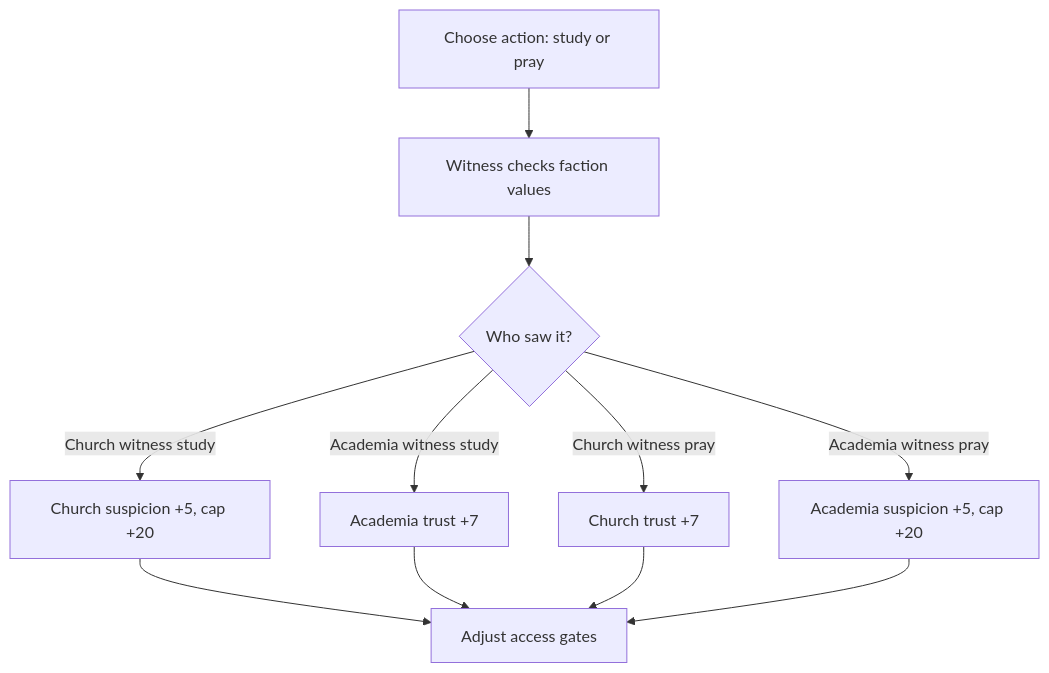
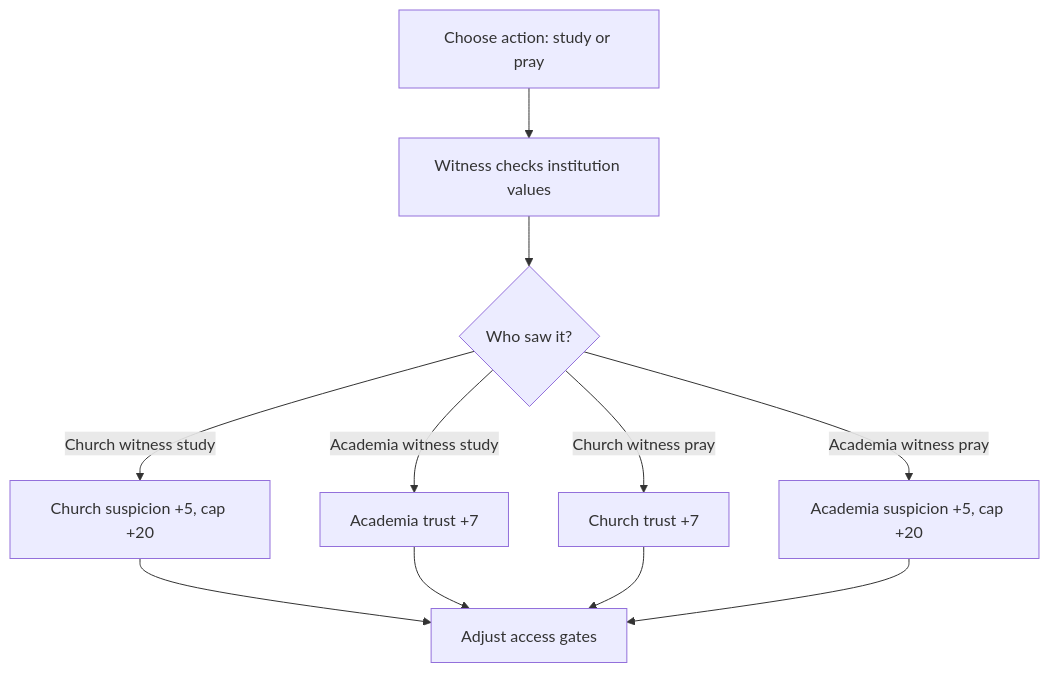
Before and after one commit to axecopfire/first-godot: the third of 6 diagrams in docs/general/GAME_DESIGN.md, drawn with Mermaid. The commit also changed other lines of this file and 28 other files, not shown here.

````diff
--- a/docs/general/GAME_DESIGN.md
+++ b/docs/general/GAME_DESIGN.md
@@ -141,13 +141,13 @@
 ```mermaid
 flowchart TB
-    B1[Choose action: study or pray] --> B2[Witness checks faction values]
+    B1[Choose action: study or pray] --> B2[Witness checks institution values]
     B2 --> B3{Who saw it?}
     B3 -->|Church witness study| B4[Church suspicion +5, cap +20]
     B3 -->|Academia witness study| B5[Academia trust +7]
     B3 -->|Church witness pray| B6[Church trust +7]
     B3 -->|Academia witness pray| B7[Academia suspicion +5, cap +20]
     B4 --> B8[Adjust access gates]
     B5 --> B8
     B6 --> B8
     B7 --> B8
 ```
````
